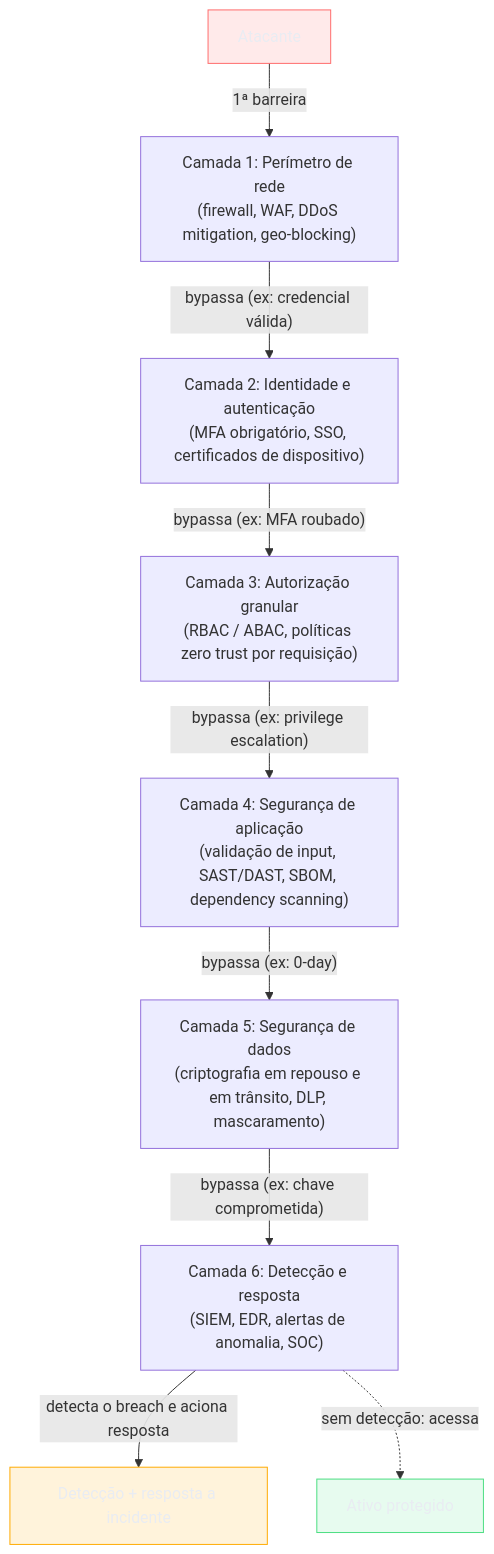
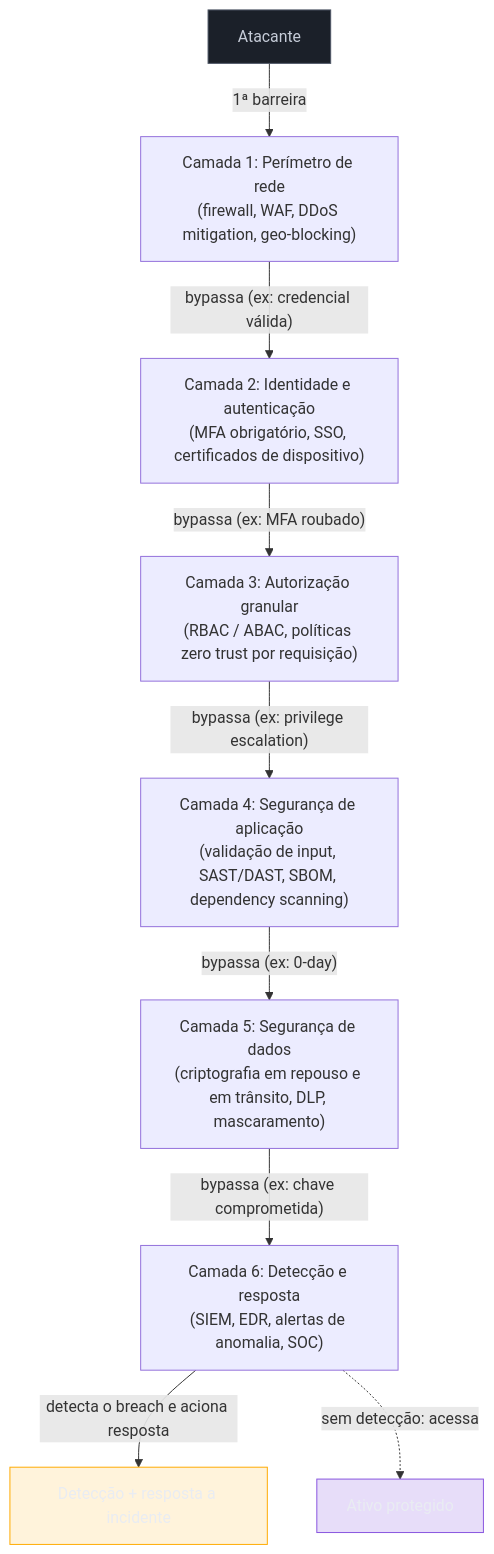
One commit to josenaldo/codex-technomanticus changed the fourth of 5 diagrams in 03-Dominios/Engenharia/Segurança/19 - Zero trust e defesa em profundidade.md. Above: the diagram before and after it, drawn with Mermaid. The commit also changed other lines of this file and 601 other files, not shown here.

````diff
--- a/03-Dominios/Engenharia/Segurança/19 - Zero trust e defesa em profundidade.md
+++ b/03-Dominios/Engenharia/Segurança/19 - Zero trust e defesa em profundidade.md
@@ -165,28 +165,28 @@
 ```mermaid
 flowchart TD
-    classDef falha fill:#FF6B6B24,stroke:#FF6B6B,color:#E9ECF2
-    classDef ok fill:#4ADE8021,stroke:#4ADE80,color:#E9ECF2
+    classDef marca fill:#8855DF33,stroke:#8855DF,color:#E9ECF2
+    classDef neutro fill:#1B2029,stroke:#4E5666,color:#C6CCD8
     classDef destaque fill:#FFAA0024,stroke:#FFAA00,color:#E9ECF2
     ATK["Atacante"]
     L1["Camada 1: Perímetro de rede<br/>(firewall, WAF, DDoS mitigation, geo-blocking)"]
     L2["Camada 2: Identidade e autenticação<br/>(MFA obrigatório, SSO, certificados de dispositivo)"]
     L3["Camada 3: Autorização granular<br/>(RBAC / ABAC, políticas zero trust por requisição)"]
     L4["Camada 4: Segurança de aplicação<br/>(validação de input, SAST/DAST, SBOM, dependency scanning)"]
     L5["Camada 5: Segurança de dados<br/>(criptografia em repouso e em trânsito, DLP, mascaramento)"]
     L6["Camada 6: Detecção e resposta<br/>(SIEM, EDR, alertas de anomalia, SOC)"]
     ASSET["Ativo protegido"]
     DETECT["Detecção + resposta a incidente"]
 
     ATK -->|"1ª barreira"| L1
     L1 -->|"bypassa (ex: credencial válida)"| L2
     L2 -->|"bypassa (ex: MFA roubado)"| L3
     L3 -->|"bypassa (ex: privilege escalation)"| L4
     L4 -->|"bypassa (ex: 0-day)"| L5
     L5 -->|"bypassa (ex: chave comprometida)"| L6
     L6 -->|"detecta o breach e aciona resposta"| DETECT
     L6 -.->|"sem detecção: acessa"| ASSET
 
-    class ATK falha
-    class ASSET ok
+    class ATK neutro
+    class ASSET marca
     class DETECT destaque
 ```
````
